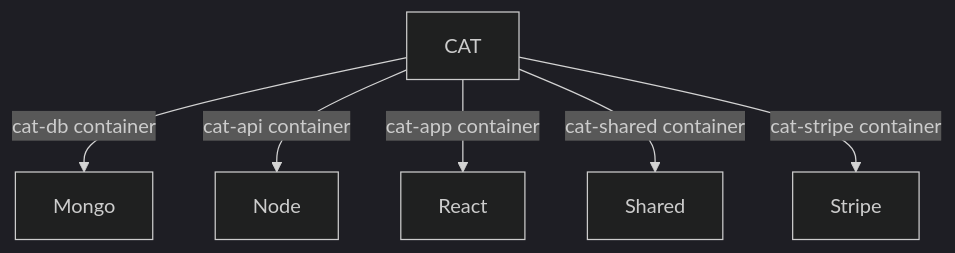
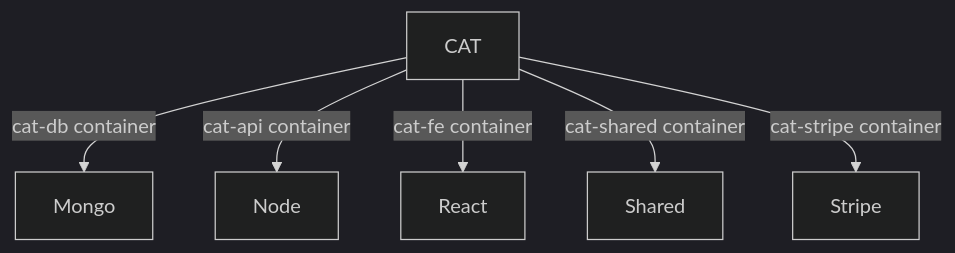
One commit to Karmello/cat-start changed the diagram in README.md. Above: the diagram before and after it, drawn with Mermaid (dark theme). The commit also changed other lines of this file and 6 other files, not shown here.

````diff
--- a/README.md
+++ b/README.md
@@ -8,8 +8,8 @@
 ```mermaid
 flowchart TD
   CAT --> |cat-db container| Mongo
   CAT --> |cat-api container| Node
-  CAT --> |cat-app container| React
+  CAT --> |cat-fe container| React
   CAT --> |cat-shared container| Shared
   CAT --> |cat-stripe container| Stripe
 ```
````
